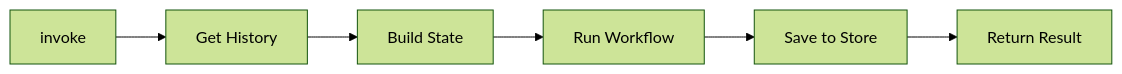
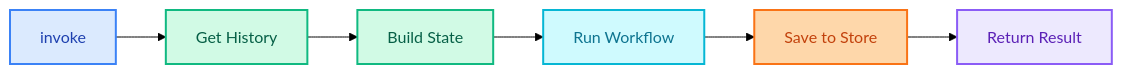
Before and after one commit to mhokchuekchuek/mtl_agent: the diagram in docs/assets/diagrams/architecture/architecture_system_2.mmd, drawn with Mermaid (forest theme). The commit also changed 92 other files, not shown here.

```diff
--- a/docs/assets/diagrams/architecture/architecture_system_2.mmd
+++ b/docs/assets/diagrams/architecture/architecture_system_2.mmd
@@ -1,6 +1,18 @@
 flowchart LR
     INV[invoke] --> GH[Get History]
     GH --> BS[Build State]
     BS --> RUN[Run Workflow]
     RUN --> SAVE[Save to Store]
     SAVE --> RET[Return Result]
+
+    classDef start fill:#dbeafe,stroke:#3b82f6,stroke-width:2px,color:#1e40af
+    classDef process fill:#d1fae5,stroke:#10b981,stroke-width:2px,color:#065f46
+    classDef workflow fill:#cffafe,stroke:#06b6d4,stroke-width:2px,color:#0e7490
+    classDef store fill:#fed7aa,stroke:#f97316,stroke-width:2px,color:#c2410c
+    classDef result fill:#ede9fe,stroke:#8b5cf6,stroke-width:2px,color:#5b21b6
+
+    class INV start
+    class GH,BS process
+    class RUN workflow
+    class SAVE store
+    class RET result
```
